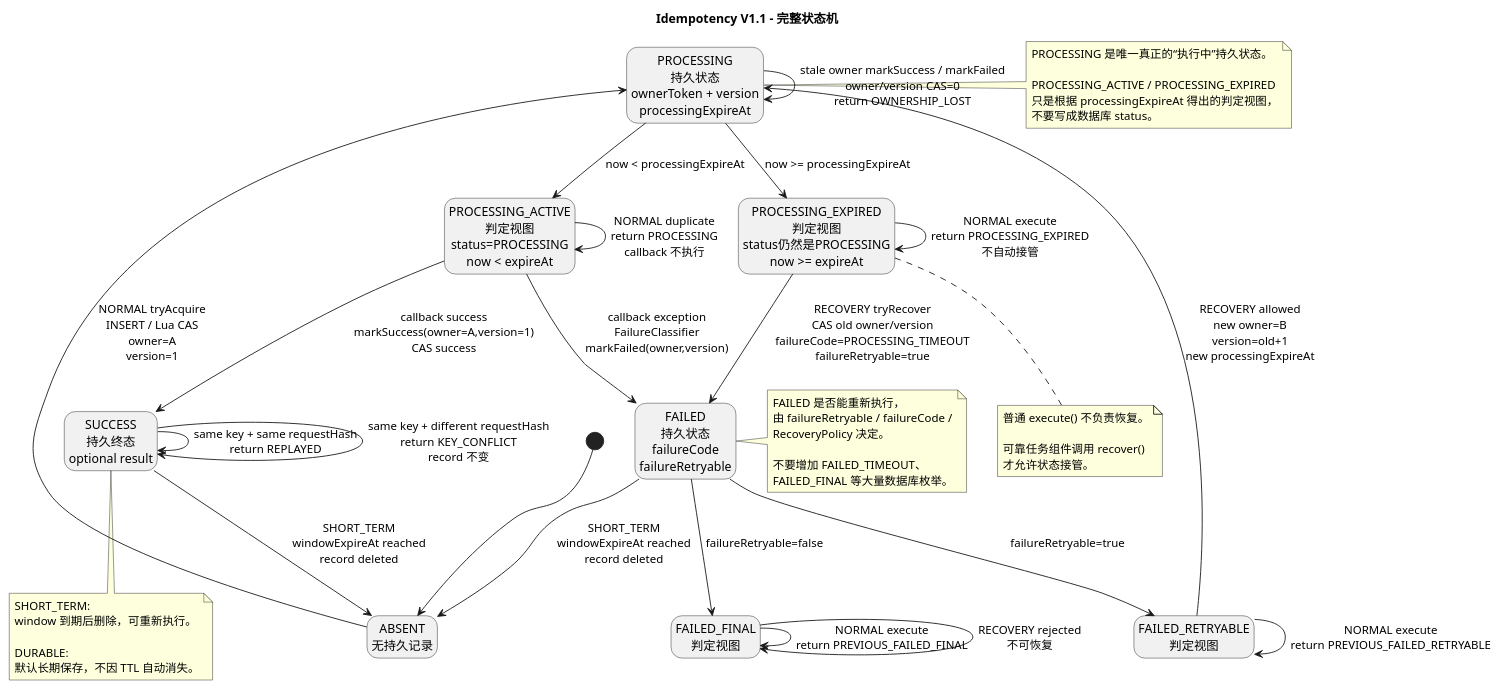
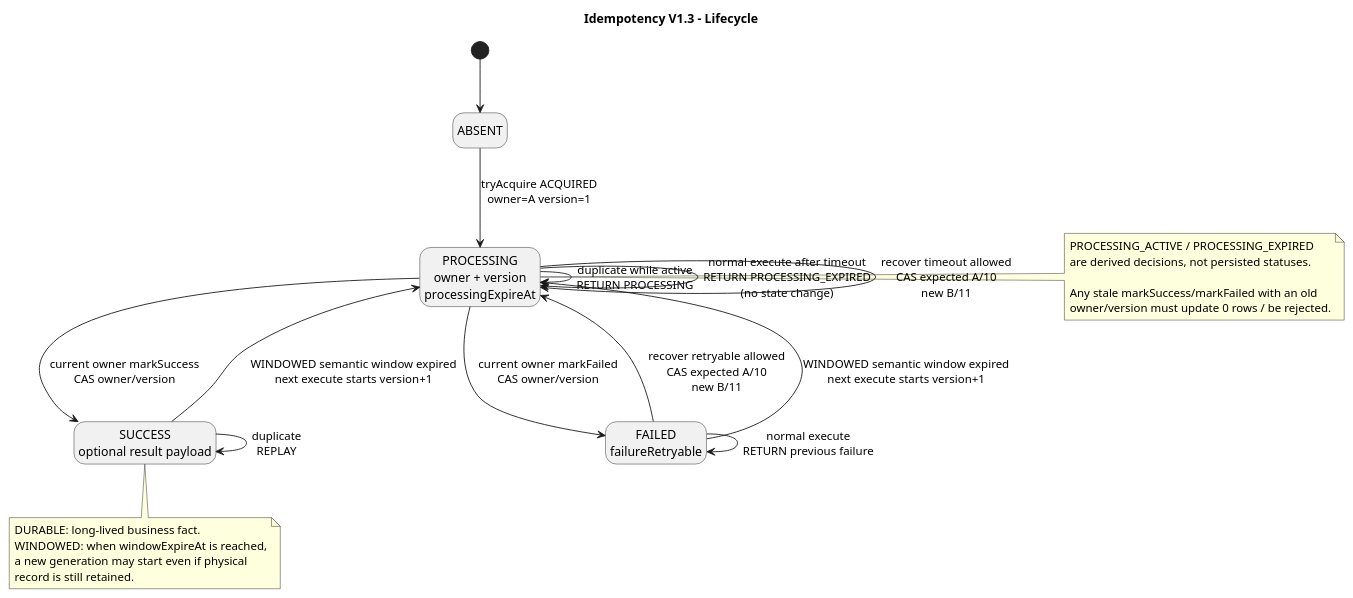
The diagram in component/idempotent-component/docs/diagrams/state/L1-idempotency-lifecycle.puml (pbxjtumse/cola-web-standard), drawn with PlantUML before and after one commit. The commit also changed 201 other files, not shown here.

```diff
--- a/component/idempotent-component/docs/diagrams/state/L1-idempotency-lifecycle.puml
+++ b/component/idempotent-component/docs/diagrams/state/L1-idempotency-lifecycle.puml
@@ -1,139 +1,44 @@
 @startuml
-title Idempotency V1.1 - 完整状态机
+title Idempotency V1.3 - Lifecycle
 
 hide empty description
 skinparam shadowing false
 
-state "ABSENT\n无持久记录" as ABSENT
-
-state "PROCESSING\n持久状态\nownerToken + version\nprocessingExpireAt" as PROCESSING
-
-state "PROCESSING_ACTIVE\n判定视图\nstatus=PROCESSING\nnow < expireAt" as PROCESSING_ACTIVE
-
-state "PROCESSING_EXPIRED\n判定视图\nstatus仍然是PROCESSING\nnow >= expireAt" as PROCESSING_EXPIRED
-
-state "SUCCESS\n持久终态\noptional result" as SUCCESS
-
-state "FAILED\n持久状态\nfailureCode\nfailureRetryable" as FAILED
-
-state "FAILED_RETRYABLE\n判定视图" as FAILED_RETRYABLE
-
-state "FAILED_FINAL\n判定视图" as FAILED_FINAL
+state "ABSENT" as ABSENT
+state "PROCESSING\nowner + version\nprocessingExpireAt" as PROCESSING
+state "SUCCESS\noptional result payload" as SUCCESS
+state "FAILED\nfailureRetryable" as FAILED
 
 [*] --> ABSENT
+ABSENT --> PROCESSING : tryAcquire ACQUIRED\nowner=A version=1
 
+PROCESSING --> SUCCESS : current owner markSuccess\nCAS owner/version
+PROCESSING --> FAILED : current owner markFailed\nCAS owner/version
 
-' ==============================
-' 首次抢占
-' ==============================
+PROCESSING --> PROCESSING : duplicate while active\nRETURN PROCESSING
+PROCESSING --> PROCESSING : normal execute after timeout\nRETURN PROCESSING_EXPIRED\n(no state change)
 
-ABSENT --> PROCESSING : NORMAL tryAcquire\nINSERT / Lua CAS\nowner=A\nversion=1
+PROCESSING --> PROCESSING : recover timeout allowed\nCAS expected A/10\nnew B/11
+FAILED --> PROCESSING : recover retryable allowed\nCAS expected A/10\nnew B/11
 
-PROCESSING --> PROCESSING_ACTIVE : now < processingExpireAt
-PROCESSING --> PROCESSING_EXPIRED : now >= processingExpireAt
+SUCCESS --> SUCCESS : duplicate\nREPLAY
+FAILED --> FAILED : normal execute\nRETURN previous failure
 
-
-' ==============================
-' 正常执行成功
-' ==============================
-
-PROCESSING_ACTIVE --> SUCCESS : callback success\nmarkSuccess(owner=A,version=1)\nCAS success
-
-
-' ==============================
-' 正常执行失败
-' ==============================
-
-PROCESSING_ACTIVE --> FAILED : callback exception\nFailureClassifier\nmarkFailed(owner,version)
-
-
-' ==============================
-' 重复请求
-' ==============================
-
-PROCESSING_ACTIVE --> PROCESSING_ACTIVE : NORMAL duplicate\nreturn PROCESSING\ncallback 不执行
-
-SUCCESS --> SUCCESS : same key + same requestHash\nreturn REPLAYED
-
-SUCCESS --> SUCCESS : same key + different requestHash\nreturn KEY_CONFLICT\nrecord 不变
-
-
-' ==============================
-' PROCESSING 超时
-' ==============================
-
-PROCESSING_EXPIRED --> PROCESSING_EXPIRED : NORMAL execute\nreturn PROCESSING_EXPIRED\n不自动接管
-
-PROCESSING_EXPIRED --> FAILED : RECOVERY tryRecover\nCAS old owner/version\nfailureCode=PROCESSING_TIMEOUT\nfailureRetryable=true
-
-
-' ==============================
-' FAILED 分类
-' ==============================
-
-FAILED --> FAILED_RETRYABLE : failureRetryable=true
-FAILED --> FAILED_FINAL : failureRetryable=false
-
-FAILED_RETRYABLE --> FAILED_RETRYABLE : NORMAL execute\nreturn PREVIOUS_FAILED_RETRYABLE
-
-FAILED_FINAL --> FAILED_FINAL : NORMAL execute\nreturn PREVIOUS_FAILED_FINAL
-
-
-' ==============================
-' 可靠任务恢复
-' ==============================
-
-FAILED_RETRYABLE --> PROCESSING : RECOVERY allowed\nnew owner=B\nversion=old+1\nnew processingExpireAt
-
-FAILED_FINAL --> FAILED_FINAL : RECOVERY rejected\n不可恢复
-
-
-' ==============================
-' 旧执行者恢复
-' ==============================
-
-PROCESSING --> PROCESSING : stale owner markSuccess / markFailed\nowner/version CAS=0\nreturn OWNERSHIP_LOST
-
-
-' ==============================
-' SHORT_TERM Window
-' ==============================
-
-SUCCESS --> ABSENT : SHORT_TERM\nwindowExpireAt reached\nrecord deleted
-
-FAILED --> ABSENT : SHORT_TERM\nwindowExpireAt reached\nrecord deleted
-
+SUCCESS --> PROCESSING : WINDOWED semantic window expired\nnext execute starts version+1
+FAILED --> PROCESSING : WINDOWED semantic window expired\nnext execute starts version+1
 
 note right of PROCESSING
-PROCESSING 是唯一真正的“执行中”持久状态。
+PROCESSING_ACTIVE / PROCESSING_EXPIRED
+are derived decisions, not persisted statuses.
 
-PROCESSING_ACTIVE / PROCESSING_EXPIRED
-只是根据 processingExpireAt 得出的判定视图，
-不要写成数据库 status。
-end note
-
-note right of FAILED
-FAILED 是否能重新执行，
-由 failureRetryable / failureCode /
-RecoveryPolicy 决定。
-
-不要增加 FAILED_TIMEOUT、
-FAILED_FINAL 等大量数据库枚举。
-end note
-
-note bottom of PROCESSING_EXPIRED
-普通 execute() 不负责恢复。
-
-可靠任务组件调用 recover()
-才允许状态接管。
+Any stale markSuccess/markFailed with an old
+owner/version must update 0 rows / be rejected.
 end note
 
 note bottom of SUCCESS
-SHORT_TERM:
-window 到期后删除，可重新执行。
-
-DURABLE:
-默认长期保存，不因 TTL 自动消失。
+DURABLE: long-lived business fact.
+WINDOWED: when windowExpireAt is reached,
+a new generation may start even if physical
+record is still retained.
 end note
-
 @enduml
```
